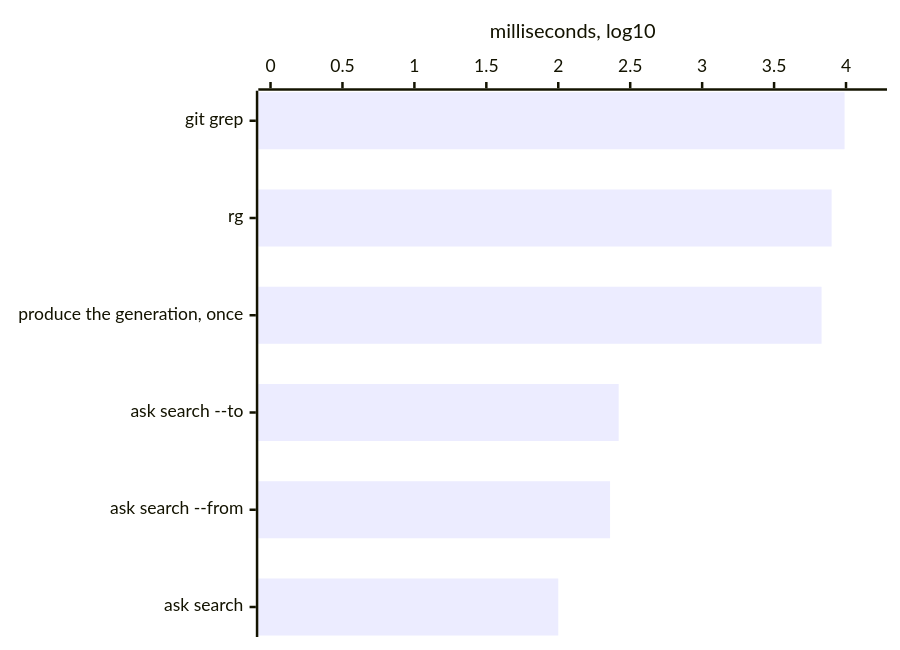
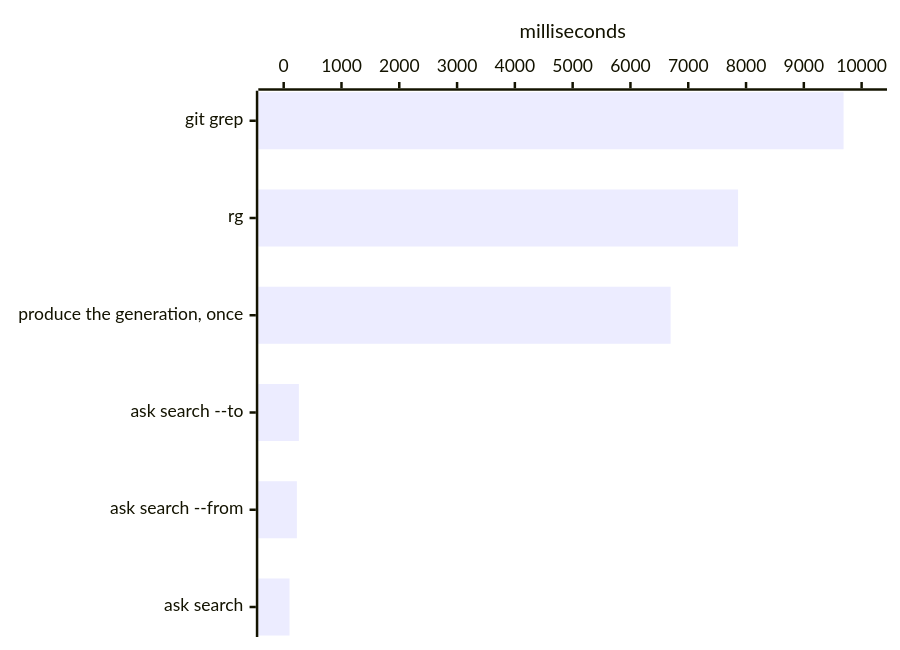
One commit to Variance-Authority/variance-authority changed the diagram in docs/agent-workspace-api.md. Above: the diagram before and after it, drawn with Mermaid. The commit also changed other lines of this file, not shown here.

Commit message:
docs(agent-workspace-api): plot the milliseconds, not their logarithm

````diff
--- a/docs/agent-workspace-api.md
+++ b/docs/agent-workspace-api.md
@@ -79,7 +77,7 @@
 ```mermaid
 xychart-beta horizontal
-  accTitle: Milliseconds to answer button over 288,197 paths, as a power of ten
+  accTitle: Milliseconds to answer button over 288,197 paths
   x-axis ["git grep", "rg", "produce the generation, once", "ask search --to", "ask search --from", "ask search"]
-  y-axis "milliseconds, log10" 0 --> 4.2
-  bar [3.99, 3.90, 3.83, 2.42, 2.36, 2.00]
+  y-axis "milliseconds" 0 --> 10000
+  bar [9688, 7862, 6695, 263, 228, 101]
 ```
````
